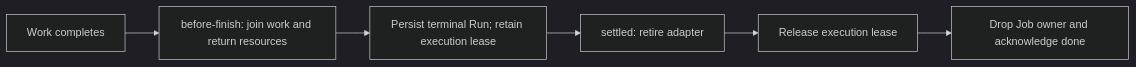
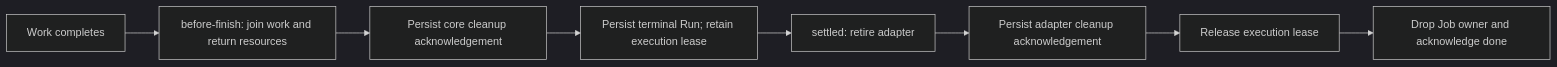
The diagram in doc/jobs-lifecycle.md (replikativ/dvergr), drawn with Mermaid (dark theme) before and after one commit. The commit also changed other lines of this file and 11 other files, not shown here.

First line of the commit message:
Persist native Job cleanup witnesses across owner loss (#425)

````diff
--- a/doc/jobs-lifecycle.md
+++ b/doc/jobs-lifecycle.md
@@ -9,8 +9,10 @@
 ```mermaid
 flowchart LR
     work[Work completes] --> core[before-finish: join work and return resources]
-    core --> persist[Persist terminal Run; retain execution lease]
+    core --> coreAck[Persist core cleanup acknowledgement]
+    coreAck --> persist[Persist terminal Run; retain execution lease]
     persist --> adapter[settled: retire adapter]
-    adapter --> release[Release execution lease]
+    adapter --> adapterAck[Persist adapter cleanup acknowledgement]
+    adapterAck --> release[Release execution lease]
     release --> done[Drop Job owner and acknowledge done]
 ```
````
